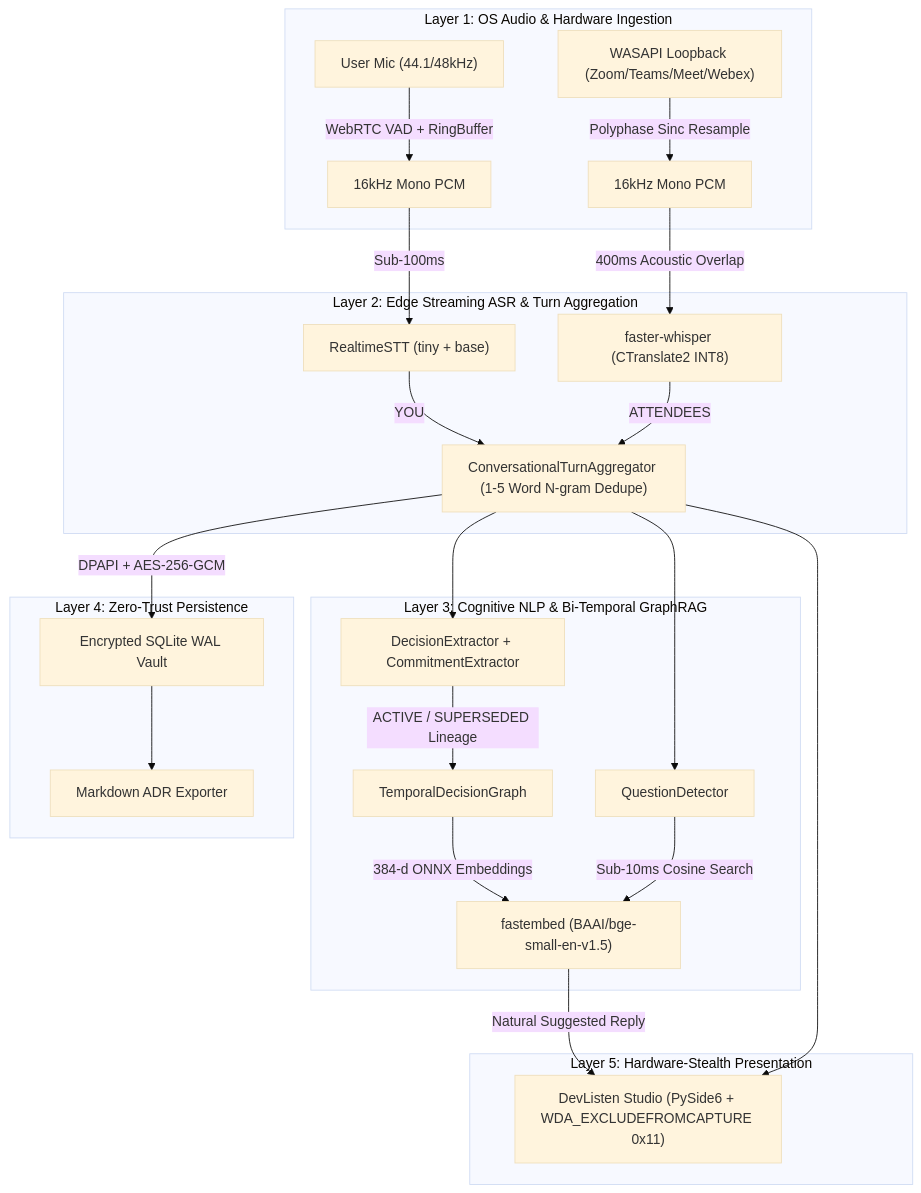
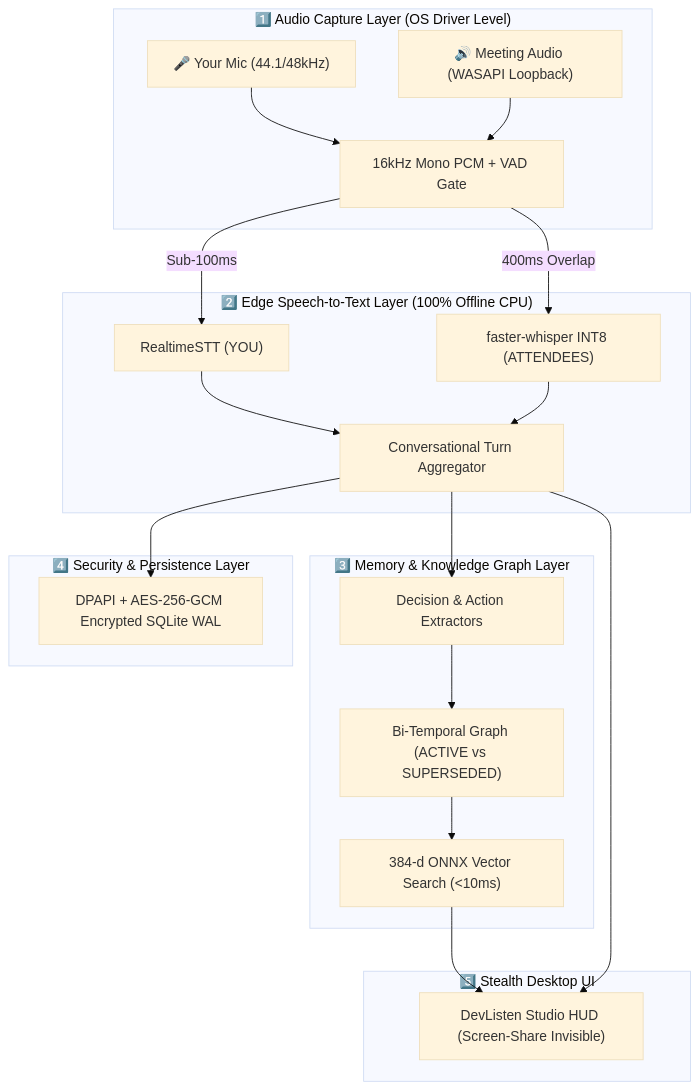
Before and after one commit to Devanshu777/DevListen: the diagram in README.md, drawn with Mermaid (base theme).

Commit message:
docs: simplify Layered System Architecture Mermaid diagram for clarity

````diff
--- a/README.md
+++ b/README.md
@@ -54,32 +54,27 @@
 ```mermaid
-flowchart TB
-    subgraph L1["Layer 1: OS Audio & Hardware Ingestion"]
-        MIC["User Mic (44.1/48kHz)"] -->|"WebRTC VAD + RingBuffer"| RES1["16kHz Mono PCM"]
-        LB["WASAPI Loopback (Zoom/Teams/Meet/Webex)"] -->|"Polyphase Sinc Resample"| RES2["16kHz Mono PCM"]
+flowchart TD
+    subgraph L1["1️⃣ Audio Capture Layer (OS Driver Level)"]
+        A["🎤 Your Mic (44.1/48kHz)"] & B["🔊 Meeting Audio (WASAPI Loopback)"] --> C["16kHz Mono PCM + VAD Gate"]
     end
 
-    subgraph L2["Layer 2: Edge Streaming ASR & Turn Aggregation"]
-        RES1 -->|"Sub-100ms"| RT["RealtimeSTT (tiny + base)"]
-        RES2 -->|"400ms Acoustic Overlap"| LT["faster-whisper (CTranslate2 INT8)"]
-        RT -->|"YOU"| AGG["ConversationalTurnAggregator (1-5 Word N-gram Dedupe)"]
-        LT -->|"ATTENDEES"| AGG
+    subgraph L2["2️⃣ Edge Speech-to-Text Layer (100% Offline CPU)"]
+        C -->|"Sub-100ms"| D["RealtimeSTT (YOU)"]
+        C -->|"400ms Overlap"| E["faster-whisper INT8 (ATTENDEES)"]
+        D & E --> F["Conversational Turn Aggregator"]
     end
 
-    subgraph L3["Layer 3: Cognitive NLP & Bi-Temporal GraphRAG"]
-        AGG --> EXT["DecisionExtractor + CommitmentExtractor"]
-        AGG --> QD["QuestionDetector"]
-        EXT -->|"ACTIVE / SUPERSEDED Lineage"| GRAPH["TemporalDecisionGraph"]
-        GRAPH -->|"384-d ONNX Embeddings"| VEC["fastembed (BAAI/bge-small-en-v1.5)"]
-        QD -->|"Sub-10ms Cosine Search"| VEC
+    subgraph L3["3️⃣ Memory & Knowledge Graph Layer"]
+        F --> G["Decision & Action Extractors"]
+        G --> H["Bi-Temporal Graph (ACTIVE vs SUPERSEDED)"]
+        H --> I["384-d ONNX Vector Search (<10ms)"]
     end
 
-    subgraph L4["Layer 4: Zero-Trust Persistence"]
-        AGG -->|"DPAPI + AES-256-GCM"| VAULT["Encrypted SQLite WAL Vault"]
-        VAULT --> EXP["Markdown ADR Exporter"]
+    subgraph L4["4️⃣ Security & Persistence Layer"]
+        F --> J["DPAPI + AES-256-GCM Encrypted SQLite WAL"]
     end
 
-    subgraph L5["Layer 5: Hardware-Stealth Presentation"]
-        VEC -->|"Natural Suggested Reply"| HUD["DevListen Studio (PySide6 + WDA_EXCLUDEFROMCAPTURE 0x11)"]
-        AGG --> HUD
+    subgraph L5["5️⃣ Stealth Desktop UI"]
+        I --> K["DevListen Studio HUD (Screen-Share Invisible)"]
+        F --> K
     end
 ```
````
